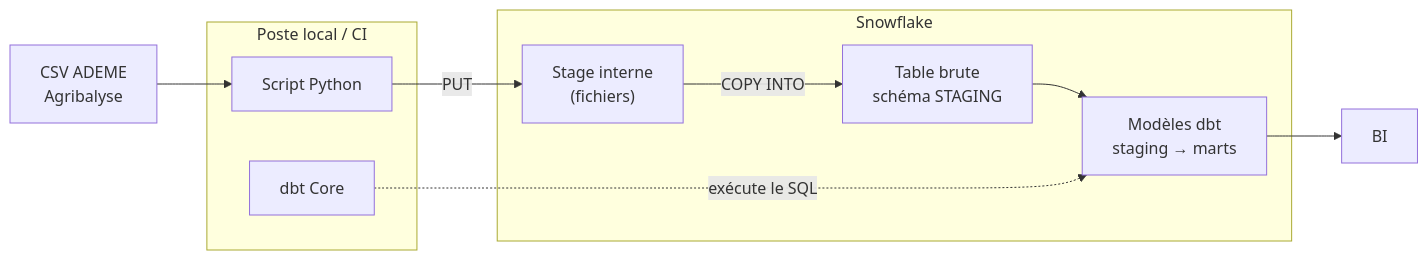
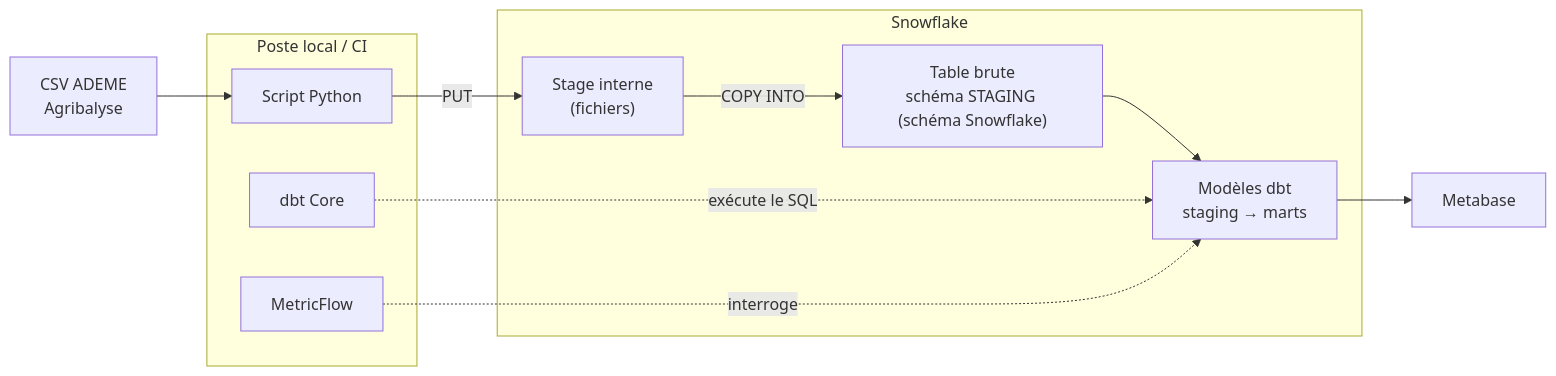
Before and after one commit to valentino014/agribalyse: the second of 2 diagrams in README.md, drawn with Mermaid. The commit also changed other lines of this file and 2 other files, not shown here.

Commit message:
docs(readme): v2 finale - architecture, metriques, grain [skip ci]

````diff
--- a/README.md
+++ b/README.md
@@ -179,24 +211,26 @@
 ```mermaid
 flowchart LR
     A["CSV ADEME<br/>Agribalyse"]
 
     subgraph LOCAL["Poste local / CI"]
         B["Script Python"]
         F["dbt Core"]
+        I["MetricFlow"]
     end
 
     subgraph SF["Snowflake"]
         C["Stage interne<br/>(fichiers)"]
-        E["Table brute<br/>schéma STAGING"]
+        E["Table brute<br/>schéma STAGING (schéma Snowflake)"]
         G["Modèles dbt<br/>staging → marts"]
     end
 
-    H["BI"]
+    H["Metabase"]
 
     A --> B
     B -->|PUT| C
     C -->|COPY INTO| E
     E --> G
     F -.->|exécute le SQL| G
     G --> H
+    I -.->|interroge| G
 ```
````
